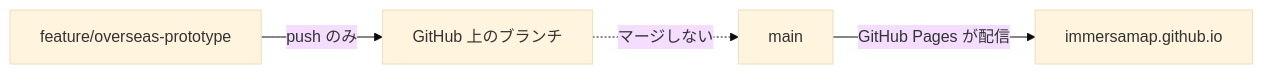
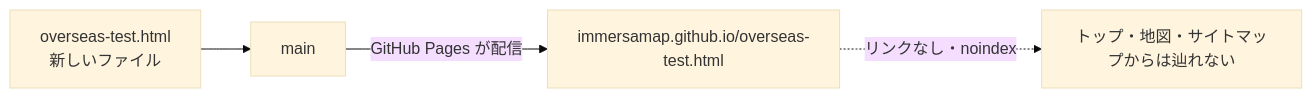
The first of 2 diagrams in docs/design/overseas_prototype.md (immersamap/immersamap.github.io), drawn with Mermaid (base theme) before and after one commit. The commit also changed other lines of this file and 4 other files, not shown here.

````diff
--- a/docs/design/overseas_prototype.md
+++ b/docs/design/overseas_prototype.md
@@ -16,6 +16,6 @@
 ```mermaid
 flowchart LR
-    F[feature/overseas-prototype] -->|push のみ| G[GitHub 上のブランチ]
-    G -.->|マージしない| M[main]
-    M -->|GitHub Pages が配信| S[immersamap.github.io]
+    T[overseas-test.html<br/>新しいファイル] --> M[main]
+    M -->|GitHub Pages が配信| S[immersamap.github.io/overseas-test.html]
+    S -.->|リンクなし・noindex| X[トップ・地図・サイトマップからは辿れない]
 ```
````
